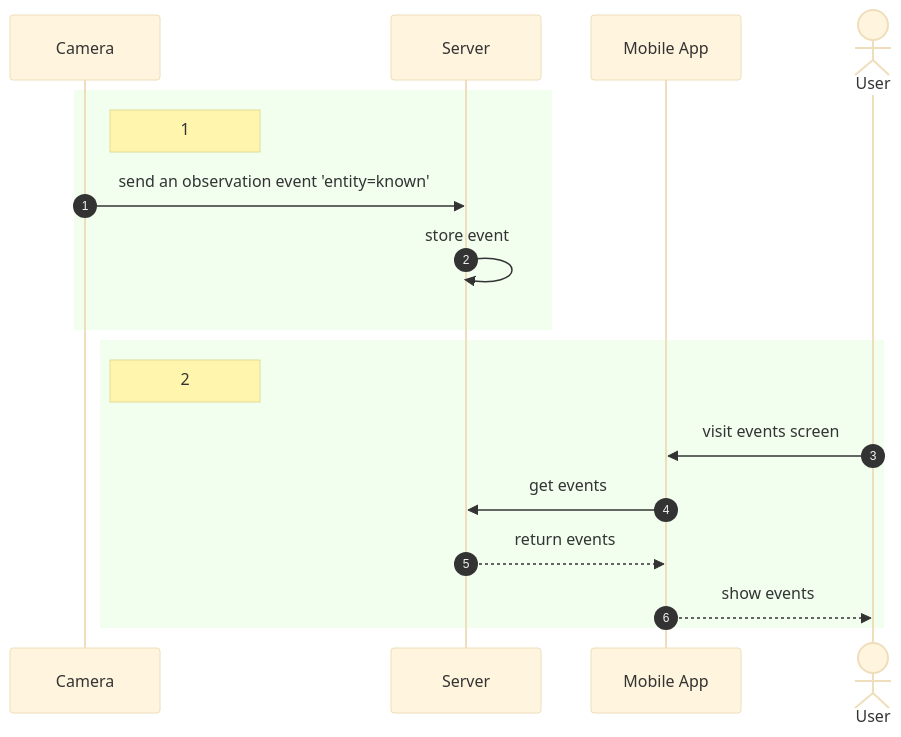
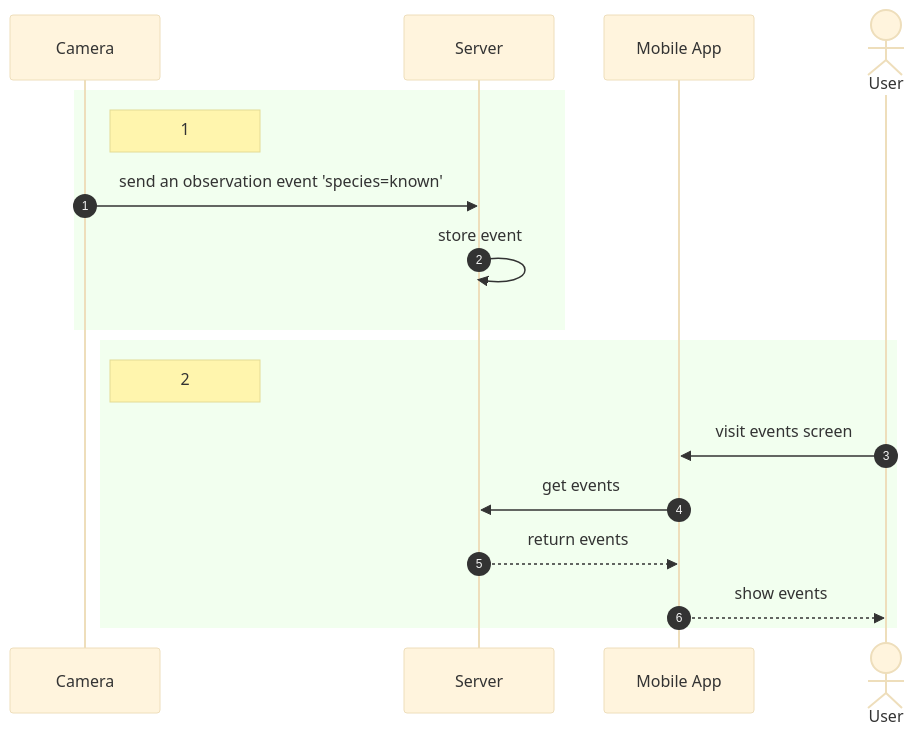
The first of 3 diagrams in README.md (dscherbak/rapid-response-katas), drawn with Mermaid (base theme) before and after one commit. The commit also changed other lines of this file, not shown here.

````diff
--- a/README.md
+++ b/README.md
@@ -182,22 +182,22 @@
 ```mermaid
 sequenceDiagram
   participant cam as Camera
   participant serv as Server
   participant ui as Mobile App
   actor u as User
   autonumber
 
   rect rgba(128, 255, 100, 0.1)
     note right of cam: 1
-    cam ->> serv: send an observation event 'entity=known'
+    cam ->> serv: send an observation event 'species=known'
     serv ->> serv: store event
   end
 
   rect rgba(128, 255, 100, 0.1)
     note right of cam: 2
     u ->> ui: visit events screen
     ui ->> serv: get events
     serv -->> ui: return events
     ui -->> u: show events
   end
 ```
````
